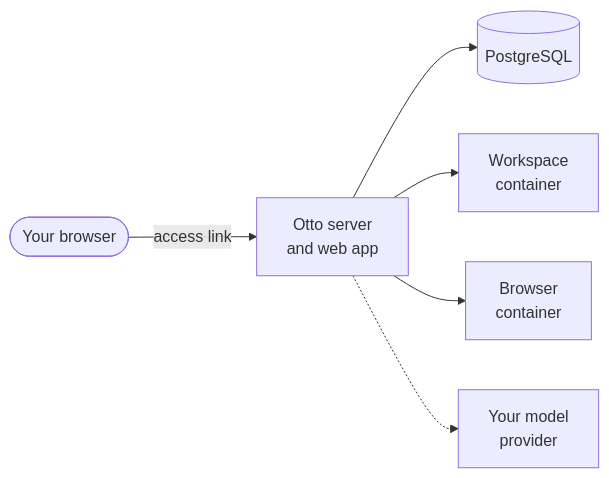
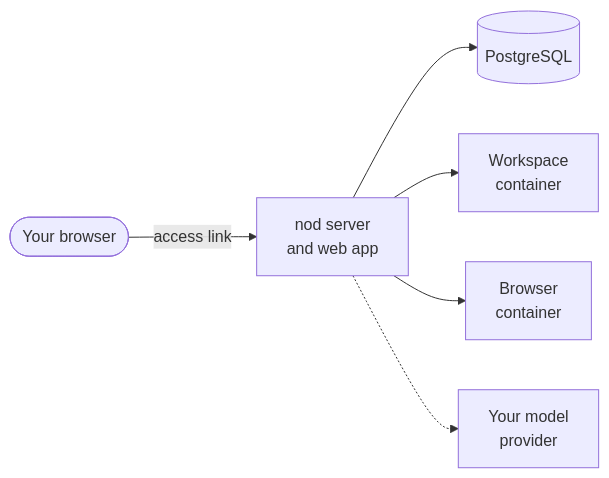
One commit to KrishBhimani/nod changed the diagram in docs/src/content/docs/get-started/install-from-source.mdx. Above: the diagram before and after it, drawn with Mermaid. The commit also changed other lines of this file and 380 other files, not shown here.

Commit message:
feat!: rename Otto to nod (#398)

````diff
--- a/docs/src/content/docs/get-started/install-from-source.mdx
+++ b/docs/src/content/docs/get-started/install-from-source.mdx
@@ -26,8 +26,8 @@
 ```mermaid
 flowchart LR
-  you([Your browser]):::accent -- access link --> server[Otto server<br/>and web app]:::accent
+  you([Your browser]):::accent -- access link --> server[nod server<br/>and web app]:::accent
   server --> db[(PostgreSQL)]
   server --> ws[Workspace<br/>container]
   server --> br[Browser<br/>container]
   server -.-> model[Your model<br/>provider]:::muted
 ```
````
